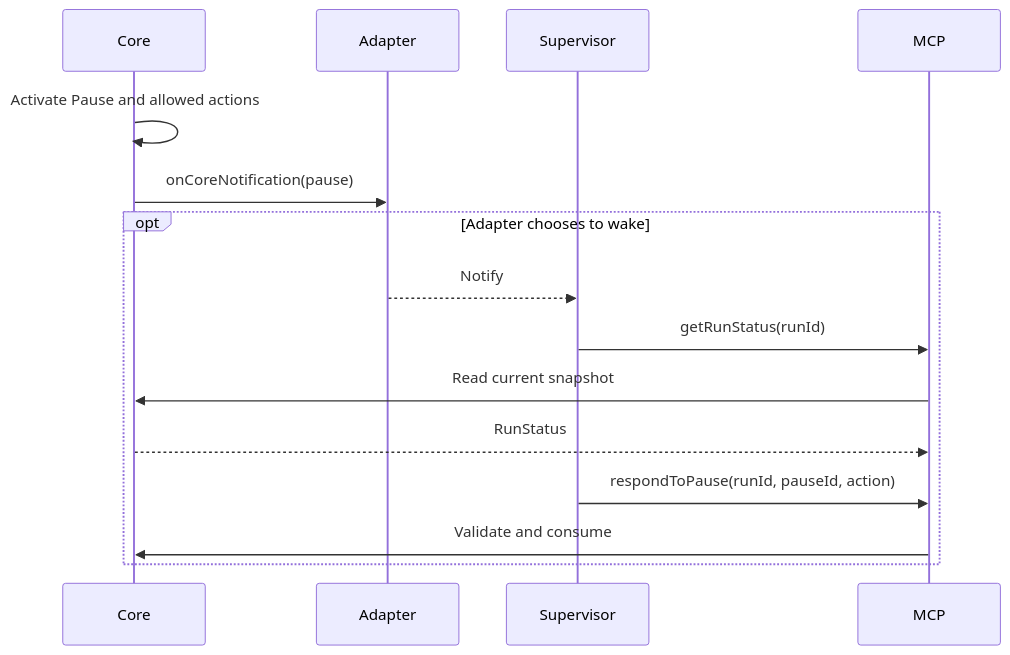
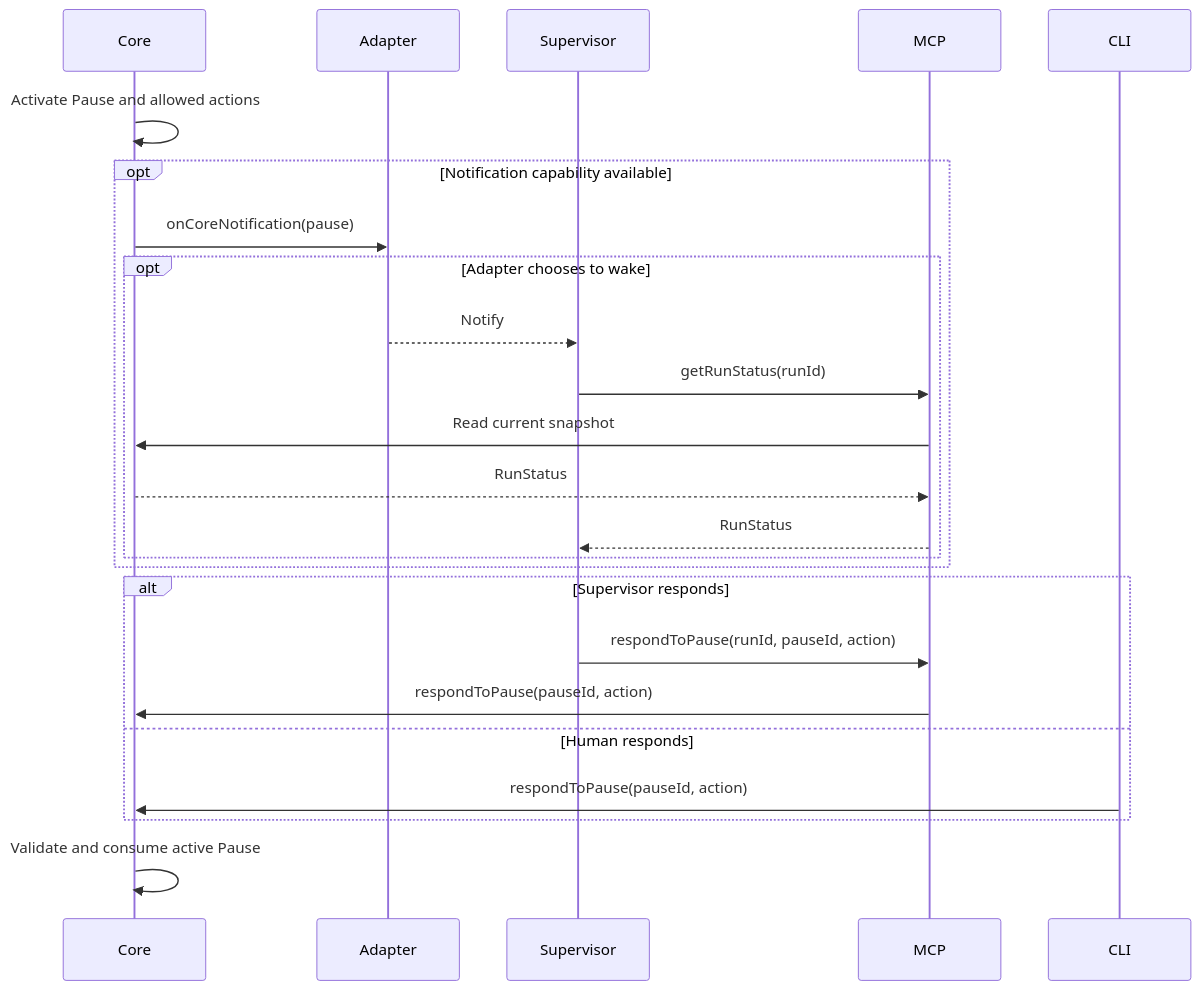
The fifth of 6 diagrams in docs/terminal-contract.md (BuddyLabsCo/issue-runner-core), drawn with Mermaid before and after one commit. The commit also changed other lines of this file, not shown here.

Commit message:
docs: express lifecycle flows in Mermaid diagrams

````diff
--- a/docs/terminal-contract.md
+++ b/docs/terminal-contract.md
@@ -483,17 +478,26 @@
 ```mermaid
 sequenceDiagram
     participant Core
     participant Adapter
     participant Supervisor
     participant MCP
+    participant CLI
     Core->>Core: Activate Pause and allowed actions
-    Core->>Adapter: onCoreNotification(pause)
-    opt Adapter chooses to wake
-        Adapter-->>Supervisor: Notify
-        Supervisor->>MCP: getRunStatus(runId)
-        MCP->>Core: Read current snapshot
-        Core-->>MCP: RunStatus
+    opt Notification capability available
+        Core->>Adapter: onCoreNotification(pause)
+        opt Adapter chooses to wake
+            Adapter-->>Supervisor: Notify
+            Supervisor->>MCP: getRunStatus(runId)
+            MCP->>Core: Read current snapshot
+            Core-->>MCP: RunStatus
+            MCP-->>Supervisor: RunStatus
+        end
+    end
+    alt Supervisor responds
         Supervisor->>MCP: respondToPause(runId, pauseId, action)
-        MCP->>Core: Validate and consume
+        MCP->>Core: respondToPause(pauseId, action)
+    else Human responds
+        CLI->>Core: respondToPause(pauseId, action)
     end
+    Core->>Core: Validate and consume active Pause
 ```
````
